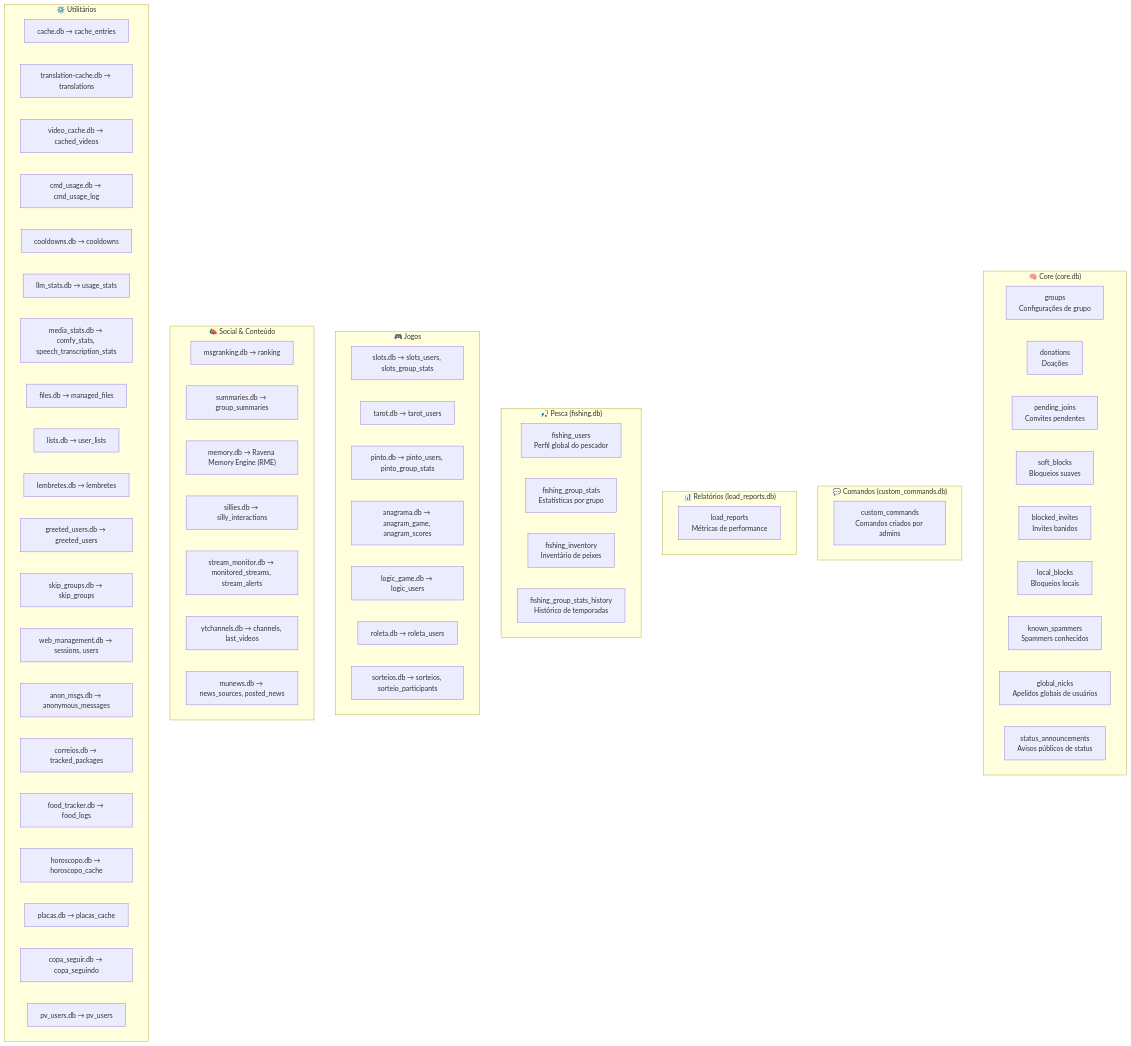
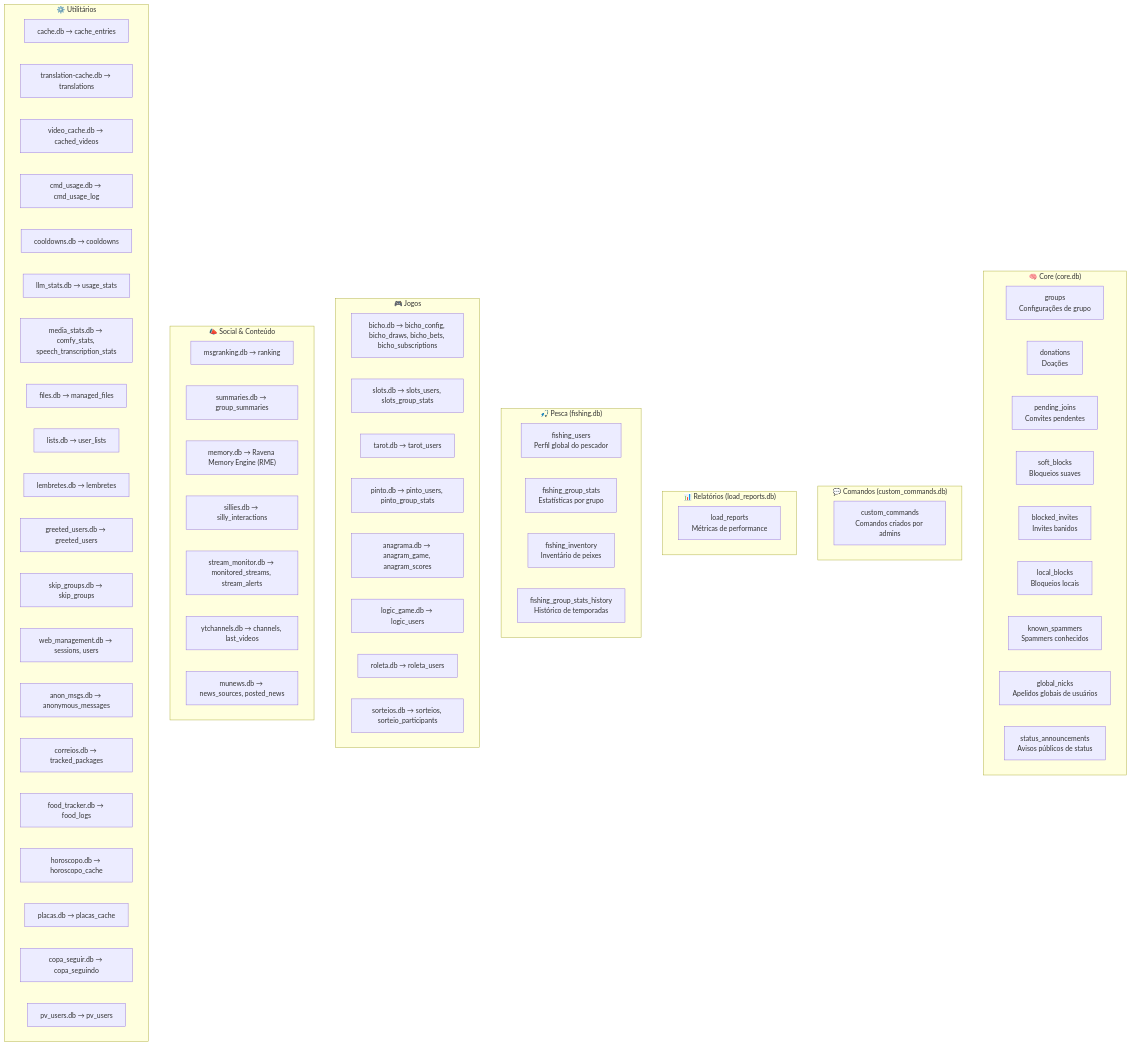
One commit to moothz/ravena-ai changed the diagram in DATABASE_TABLES.md. Above: the diagram before and after it, drawn with Mermaid. The commit also changed other lines of this file and 12 other files, not shown here.

````diff
--- a/DATABASE_TABLES.md
+++ b/DATABASE_TABLES.md
@@ -10,72 +10,73 @@
 ```mermaid
 graph TD
     subgraph CORE ["🧠 Core (core.db)"]
         groups["groups\nConfigurações de grupo"]
         donations["donations\nDoações"]
         pending_joins["pending_joins\nConvites pendentes"]
         soft_blocks["soft_blocks\nBloqueios suaves"]
         blocked_invites["blocked_invites\nInvites banidos"]
         local_blocks["local_blocks\nBloqueios locais"]
         known_spammers["known_spammers\nSpammers conhecidos"]
         global_nicks["global_nicks\nApelidos globais de usuários"]
         status_announcements["status_announcements\nAvisos públicos de status"]
     end
 
     subgraph CMDS ["💬 Comandos (custom_commands.db)"]
         custom_commands["custom_commands\nComandos criados por admins"]
     end
 
     subgraph REPORTS ["📊 Relatórios (load_reports.db)"]
         load_reports["load_reports\nMétricas de performance"]
     end
 
     subgraph FISHING ["🎣 Pesca (fishing.db)"]
         fishing_users["fishing_users\nPerfil global do pescador"]
         fishing_group_stats["fishing_group_stats\nEstatísticas por grupo"]
         fishing_inventory["fishing_inventory\nInventário de peixes"]
         fishing_group_stats_history["fishing_group_stats_history\nHistórico de temporadas"]
     end
 
     subgraph GAMES ["🎮 Jogos"]
+        bicho["bicho.db → bicho_config, bicho_draws, bicho_bets, bicho_subscriptions"]
         slots["slots.db → slots_users, slots_group_stats"]
         tarot["tarot.db → tarot_users"]
         pinto["pinto.db → pinto_users, pinto_group_stats"]
         anagram["anagrama.db → anagram_game, anagram_scores"]
         logic["logic_game.db → logic_users"]
         roleta["roleta.db → roleta_users"]
         sorteios["sorteios.db → sorteios, sorteio_participants"]
     end
 
     subgraph SOCIAL ["📣 Social & Conteúdo"]
         ranking["msgranking.db → ranking"]
         summaries["summaries.db → group_summaries"]
         memory["memory.db → Ravena Memory Engine (RME)"]
         sillies["sillies.db → silly_interactions"]
         stream["stream_monitor.db → monitored_streams, stream_alerts"]
         ytchannels["ytchannels.db → channels, last_videos"]
         munews["munews.db → news_sources, posted_news"]
     end
 
     subgraph UTILS ["⚙️ Utilitários"]
         cache["cache.db → cache_entries"]
         translation_cache["translation-cache.db → translations"]
         video_cache["video_cache.db → cached_videos"]
         cmd_usage["cmd_usage.db → cmd_usage_log"]
         cooldowns["cooldowns.db → cooldowns"]
         llm_stats["llm_stats.db → usage_stats"]
         media_stats["media_stats.db → comfy_stats, speech_transcription_stats"]
         files["files.db → managed_files"]
         lists["lists.db → user_lists"]
         lembretes["lembretes.db → lembretes"]
         greeted["greeted_users.db → greeted_users"]
         skip_groups["skip_groups.db → skip_groups"]
         web_mgmt["web_management.db → sessions, users"]
         anon_msgs["anon_msgs.db → anonymous_messages"]
         correios["correios.db → tracked_packages"]
         food_tracker["food_tracker.db → food_logs"]
         horoscopo["horoscopo.db → horoscopo_cache"]
         placas["placas.db → placas_cache"]
         copa_seguir["copa_seguir.db → copa_seguindo"]
         pv_users["pv_users.db → pv_users"]
     end
 ```
````
